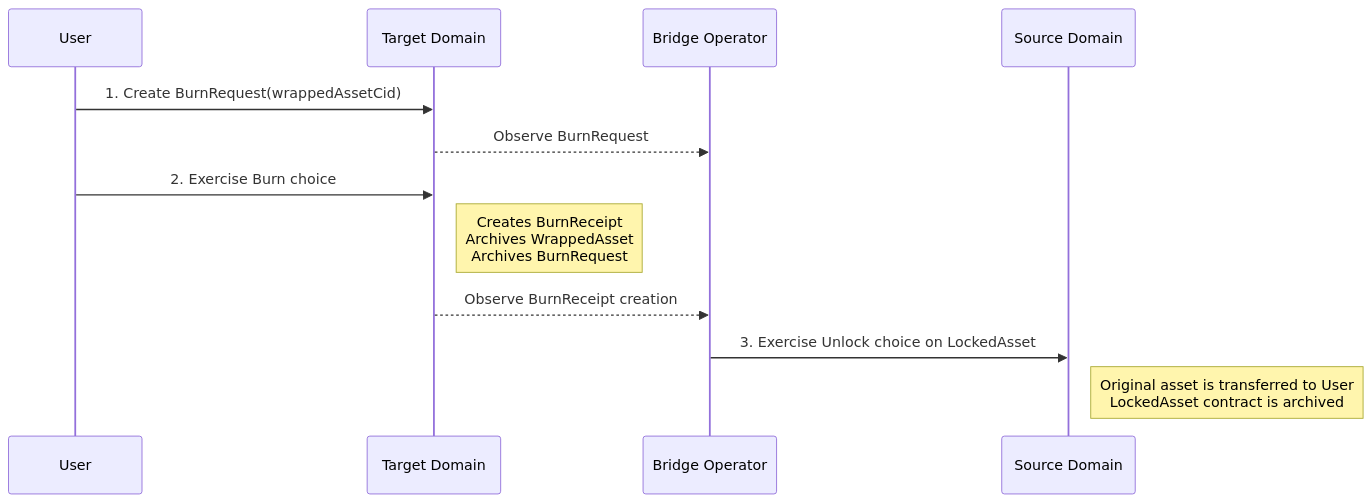
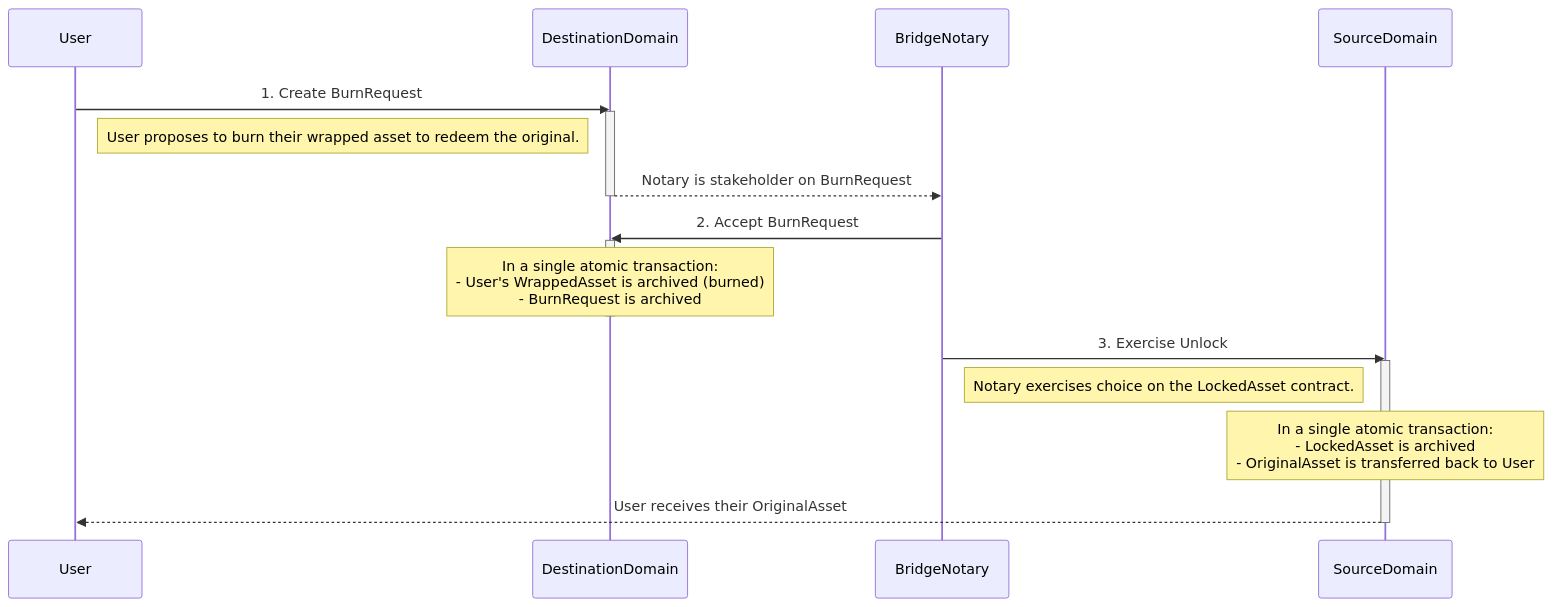
The second of 2 diagrams in docs/BRIDGE_PROTOCOL.md (SuyashVanjare/canton-cross-chain-bridge), drawn with Mermaid before and after one commit. The commit also changed other lines of this file, not shown here.

Commit message:
test: docs: add bridge protocol spec

````diff
--- a/docs/BRIDGE_PROTOCOL.md
+++ b/docs/BRIDGE_PROTOCOL.md
@@ -72,17 +77,26 @@
 ```mermaid
 sequenceDiagram
     participant User
-    participant Target Domain
-    participant Bridge Operator
-    participant Source Domain
+    participant DestinationDomain
+    participant BridgeNotary
+    participant SourceDomain
 
-    User->>Target Domain: 1. Create BurnRequest(wrappedAssetCid)
-    Target Domain-->>Bridge Operator: Observe BurnRequest
+    User->>DestinationDomain: 1. Create BurnRequest
+    activate DestinationDomain
+    Note right of User: User proposes to burn their wrapped asset to redeem the original.
+    DestinationDomain-->>BridgeNotary: Notary is stakeholder on BurnRequest
+    deactivate DestinationDomain
 
-    User->>Target Domain: 2. Exercise Burn choice
-    Note right of Target Domain: Creates BurnReceipt<br/>Archives WrappedAsset<br/>Archives BurnRequest
+    BridgeNotary->>DestinationDomain: 2. Accept BurnRequest
+    activate DestinationDomain
+    Note over DestinationDomain: In a single atomic transaction: <br/> - User's WrappedAsset is archived (burned) <br/> - BurnRequest is archived
+    deactivate DestinationDomain
 
-    Target Domain-->>Bridge Operator: Observe BurnReceipt creation
-    Bridge Operator->>Source Domain: 3. Exercise Unlock choice on LockedAsset
-    Note right of Source Domain: Original asset is transferred to User<br/>LockedAsset contract is archived
+    BridgeNotary->>SourceDomain: 3. Exercise Unlock
+    activate SourceDomain
+    Note right of BridgeNotary: Notary exercises choice on the LockedAsset contract.
+    Note over SourceDomain: In a single atomic transaction: <br/> - LockedAsset is archived <br/> - OriginalAsset is transferred back to User
+    SourceDomain-->>User: User receives their OriginalAsset
+    deactivate SourceDomain
+
 ```
````
